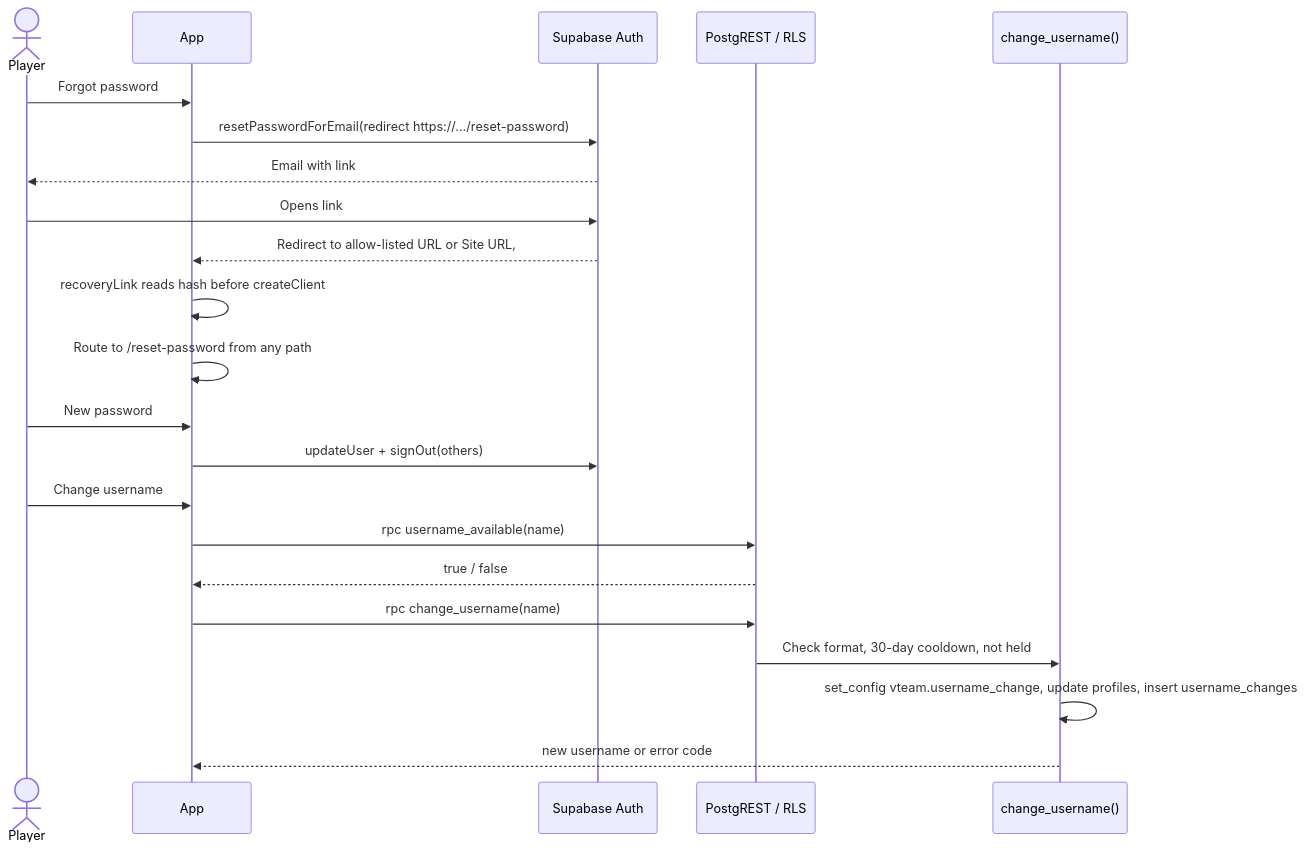
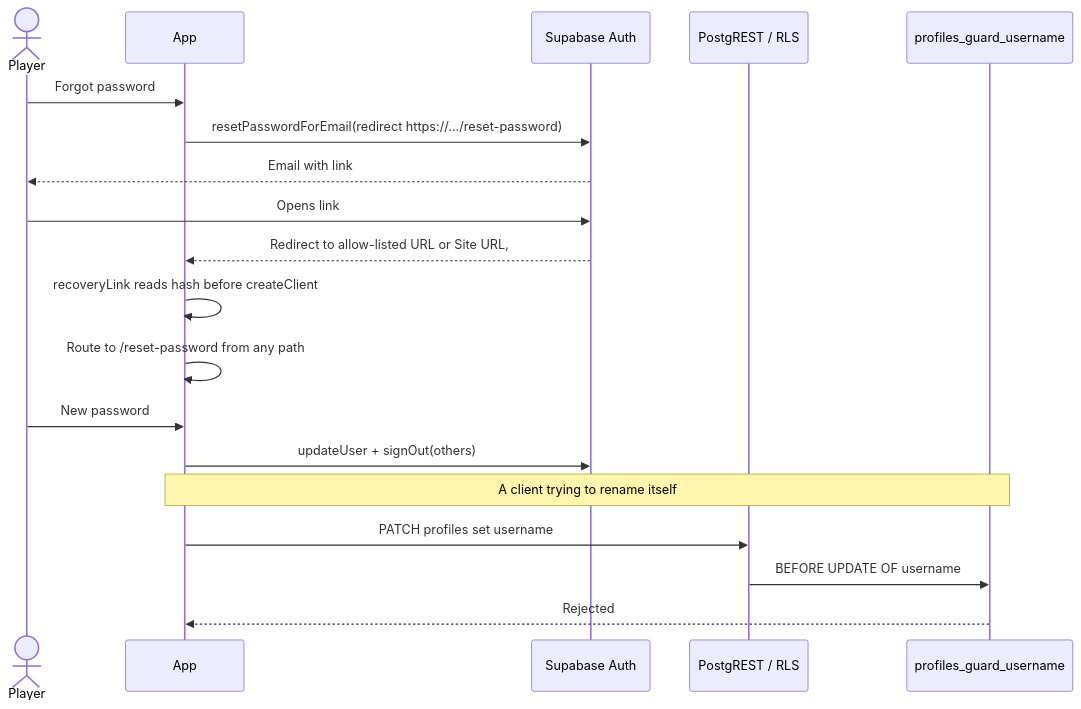
Before and after one commit to bryanw121/vteam: the first of 2 diagrams in ideas/2026-11-09.md, drawn with Mermaid. The commit also changed other lines of this file and 3 other files, not shown here.

````diff
--- a/ideas/2026-11-09.md
+++ b/ideas/2026-11-09.md
@@ -61,24 +58,21 @@
 ```mermaid
 sequenceDiagram
   actor P as Player
   participant App
   participant Auth as Supabase Auth
   participant RPC as PostgREST / RLS
-  participant DB as change_username()
+  participant DB as profiles_guard_username
   P->>App: Forgot password
   App->>Auth: resetPasswordForEmail(redirect https://…/reset-password)
   Auth-->>P: Email with link
   P->>Auth: Opens link
   Auth-->>App: Redirect to allow-listed URL or Site URL, #type=recovery
   App->>App: recoveryLink reads hash before createClient
   App->>App: Route to /reset-password from any path
   P->>App: New password
   App->>Auth: updateUser + signOut(others)
-  P->>App: Change username
-  App->>RPC: rpc username_available(name)
-  RPC-->>App: true / false
-  App->>RPC: rpc change_username(name)
-  RPC->>DB: Check format, 30-day cooldown, not held
-  DB->>DB: set_config vteam.username_change, update profiles, insert username_changes
-  DB-->>App: new username or error code
+  Note over App,DB: A client trying to rename itself
+  App->>RPC: PATCH profiles set username
+  RPC->>DB: BEFORE UPDATE OF username
+  DB-->>App: Rejected
 ```
````
